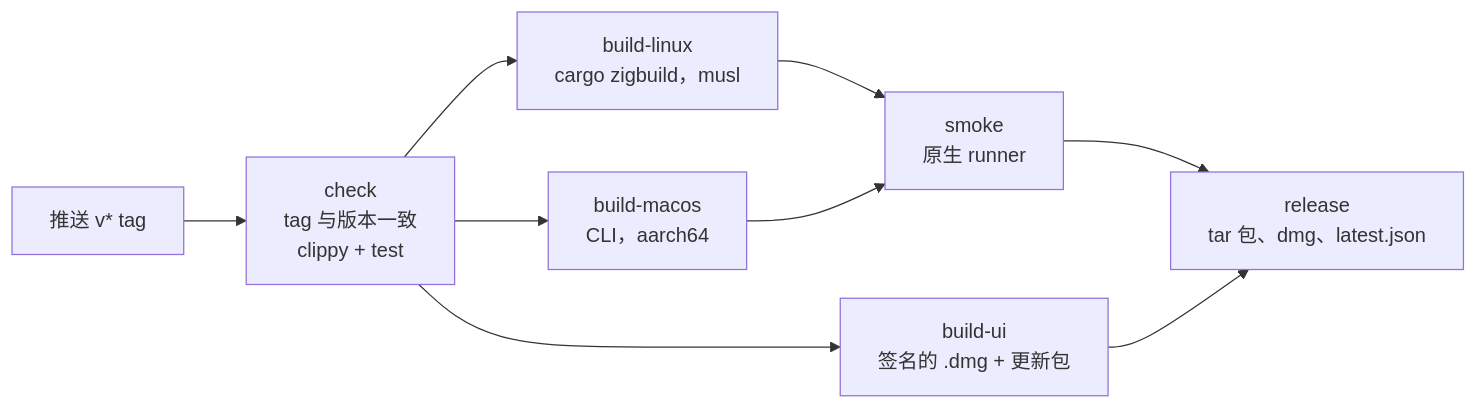
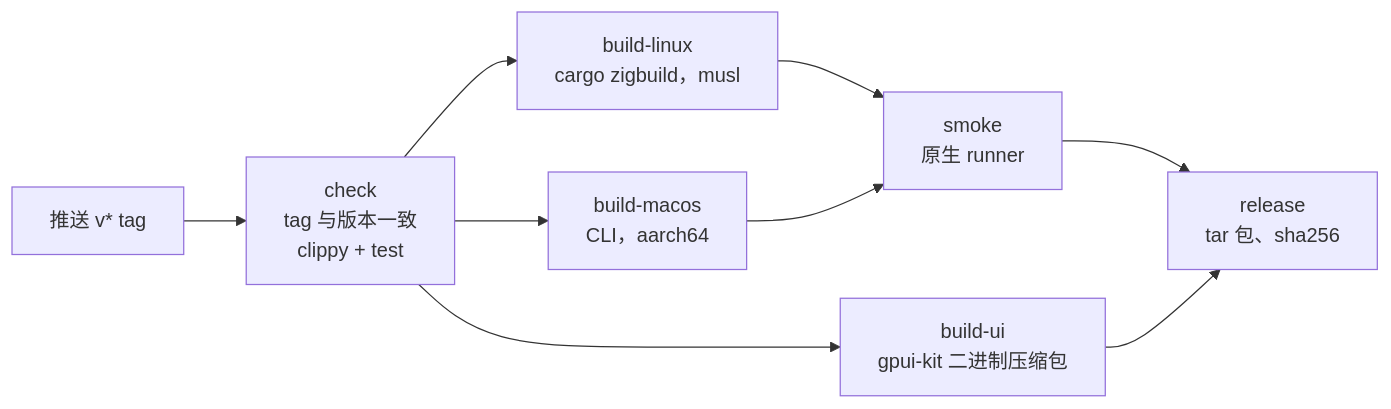
Before and after one commit to dennis0700/owlet: the tenth of 10 diagrams in docs/architecture.zh-CN.md, drawn with Mermaid. The commit also changed other lines of this file and 43 other files, not shown here.

````diff
--- a/docs/architecture.zh-CN.md
+++ b/docs/architecture.zh-CN.md
@@ -392,11 +392,11 @@
 ```mermaid
 flowchart LR
     T["推送 v* tag"] --> C["check<br/>tag 与版本一致<br/>clippy + test"]
     C --> BL["build-linux<br/>cargo zigbuild，musl"]
     C --> BM["build-macos<br/>CLI，aarch64"]
-    C --> BU["build-ui<br/>签名的 .dmg + 更新包"]
+    C --> BU["build-ui<br/>gpui-kit 二进制压缩包"]
     BL --> S["smoke<br/>原生 runner"]
     BM --> S
-    S --> R["release<br/>tar 包、dmg、latest.json"]
+    S --> R["release<br/>tar 包、sha256"]
     BU --> R
 ```
````
